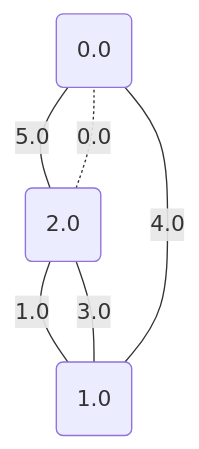
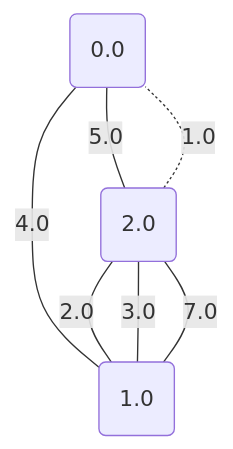
One commit to metury/graphs changed diagram 16 of 17 in project/src/testing/minCutPetersen.md. Above: the diagram before and after it, drawn with Mermaid. The commit also changed other lines of this file and 78 other files, not shown here.

````diff
--- a/project/src/testing/minCutPetersen.md
+++ b/project/src/testing/minCutPetersen.md
@@ -388,11 +394,12 @@
 ```mermaid
 graph TD;
 0("0.0");
 1("1.0");
 2("2.0");
-	2 -. "0.0" -.- 0;
-	2 -- "1.0" --- 1;
+	2 -. "1.0" -.- 0;
+	2 -- "2.0" --- 1;
 	2 -- "3.0" --- 1;
 	0 -- "4.0" --- 1;
 	0 -- "5.0" --- 2;
+	2 -- "7.0" --- 1;
 ```
````
